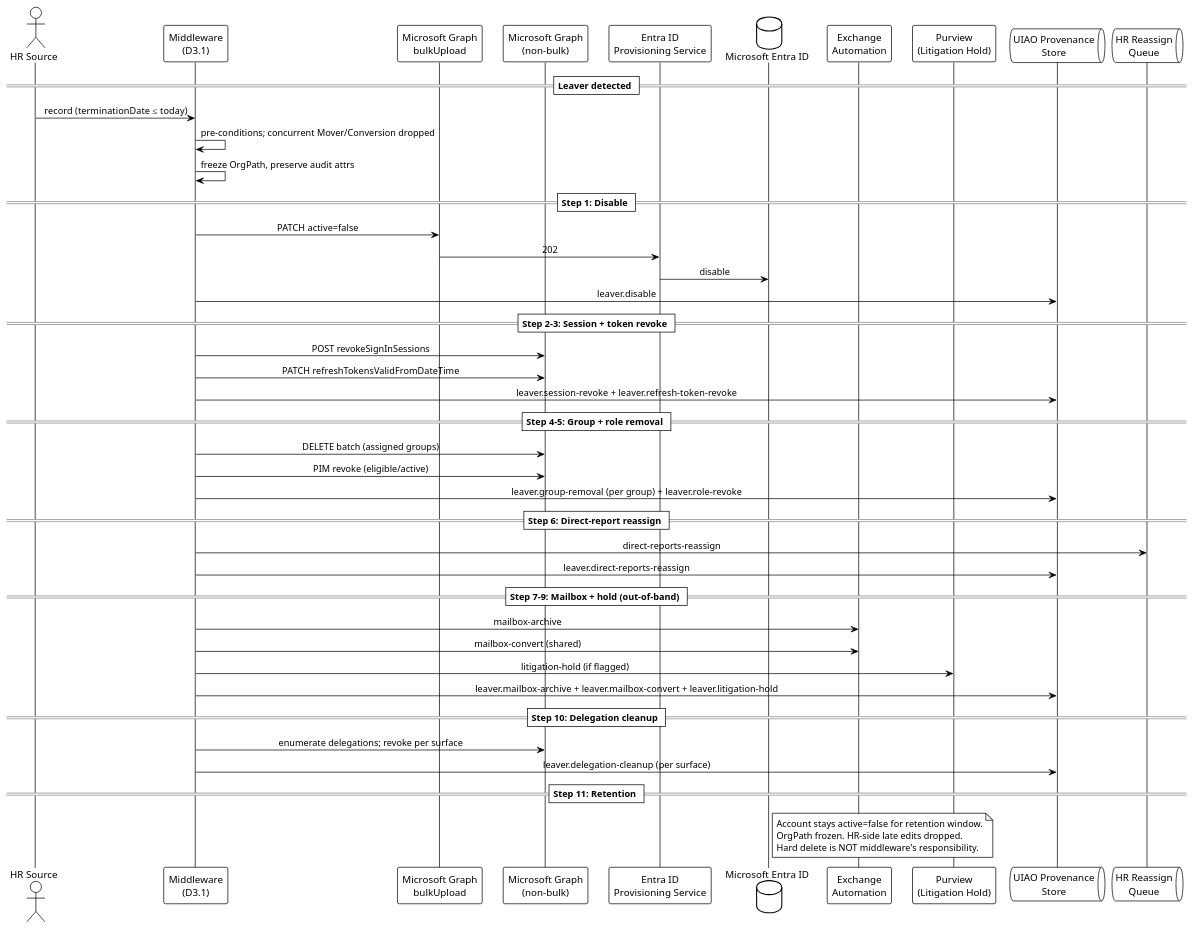
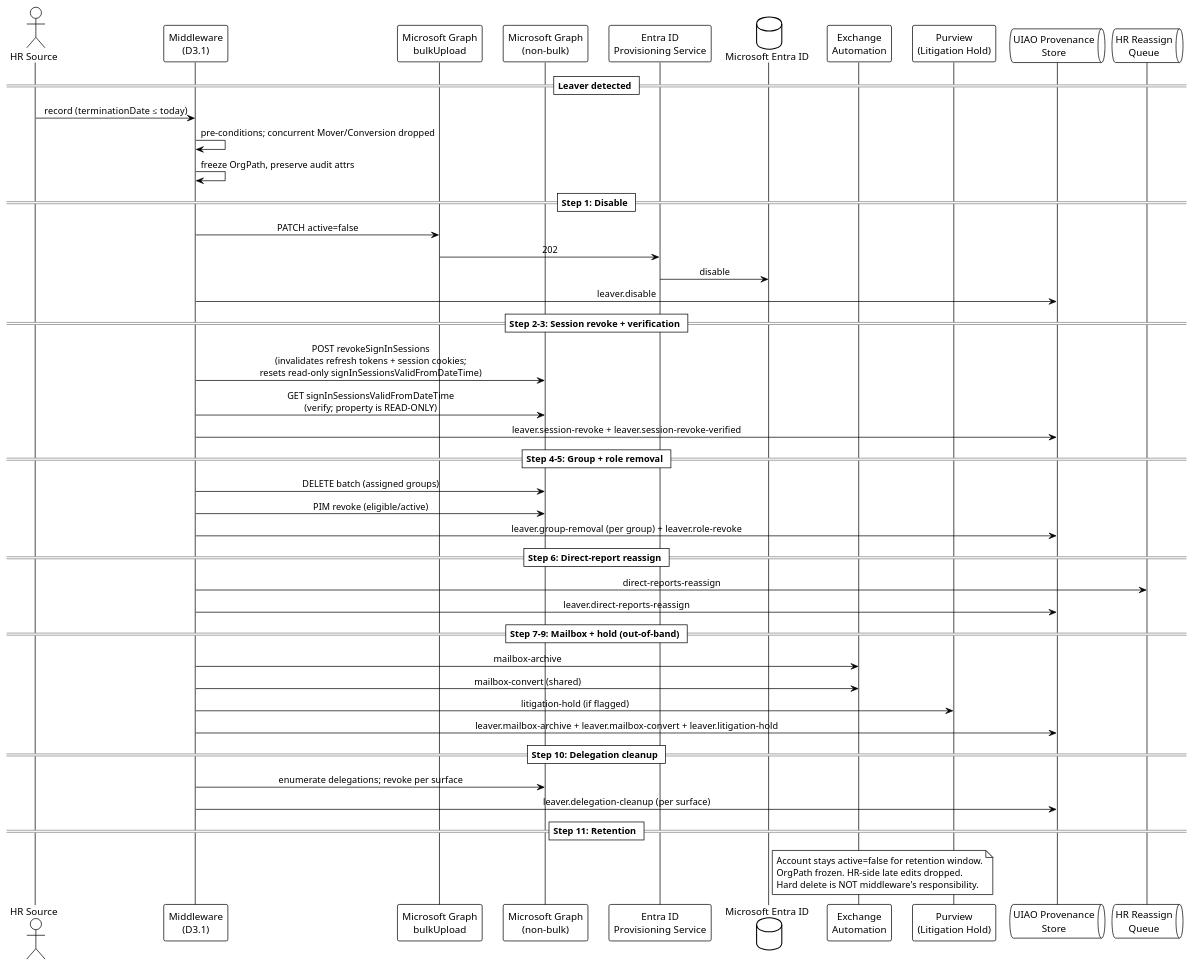
Before and after one commit to WhalerMike/uiao: the diagram in docs/diagrams/spec2-d2.3-leaver-sequence.puml, drawn with PlantUML. The commit also changed 9 other files, not shown here.

```diff
--- a/docs/diagrams/spec2-d2.3-leaver-sequence.puml
+++ b/docs/diagrams/spec2-d2.3-leaver-sequence.puml
@@ -1,59 +1,59 @@
 @startuml spec2_d2_3_leaver_sequence
 !theme plain
 skinparam defaultFontName Segoe UI
 skinparam sequenceMessageAlign center
 
 actor "HR Source" as HR
 participant "Middleware\n(D3.1)" as MW
 participant "Microsoft Graph\nbulkUpload" as Graph
 participant "Microsoft Graph\n(non-bulk)" as DirectGraph
 participant "Entra ID\nProvisioning Service" as PS
 database "Microsoft Entra ID" as Entra
 participant "Exchange\nAutomation" as Exchange
 participant "Purview\n(Litigation Hold)" as Purview
 queue "UIAO Provenance\nStore" as Prov
 queue "HR Reassign\nQueue" as Reassign
 
 == Leaver detected ==
 HR -> MW : record (terminationDate ≤ today)
 MW -> MW : pre-conditions; concurrent Mover/Conversion dropped
 MW -> MW : freeze OrgPath, preserve audit attrs
 
 == Step 1: Disable ==
 MW -> Graph : PATCH active=false
 Graph -> PS : 202
 PS -> Entra : disable
 MW -> Prov : leaver.disable
 
-== Step 2-3: Session + token revoke ==
-MW -> DirectGraph : POST revokeSignInSessions
-MW -> DirectGraph : PATCH refreshTokensValidFromDateTime
-MW -> Prov : leaver.session-revoke + leaver.refresh-token-revoke
+== Step 2-3: Session revoke + verification ==
+MW -> DirectGraph : POST revokeSignInSessions\n(invalidates refresh tokens + session cookies;\nresets read-only signInSessionsValidFromDateTime)
+MW -> DirectGraph : GET signInSessionsValidFromDateTime\n(verify; property is READ-ONLY)
+MW -> Prov : leaver.session-revoke + leaver.session-revoke-verified
 
 == Step 4-5: Group + role removal ==
 MW -> DirectGraph : DELETE batch (assigned groups)
 MW -> DirectGraph : PIM revoke (eligible/active)
 MW -> Prov : leaver.group-removal (per group) + leaver.role-revoke
 
 == Step 6: Direct-report reassign ==
 MW -> Reassign : direct-reports-reassign
 MW -> Prov : leaver.direct-reports-reassign
 
 == Step 7-9: Mailbox + hold (out-of-band) ==
 MW -> Exchange : mailbox-archive
 MW -> Exchange : mailbox-convert (shared)
 MW -> Purview : litigation-hold (if flagged)
 MW -> Prov : leaver.mailbox-archive + leaver.mailbox-convert + leaver.litigation-hold
 
 == Step 10: Delegation cleanup ==
 MW -> DirectGraph : enumerate delegations; revoke per surface
 MW -> Prov : leaver.delegation-cleanup (per surface)
 
 == Step 11: Retention ==
 note right of Entra
   Account stays active=false for retention window.
   OrgPath frozen. HR-side late edits dropped.
   Hard delete is NOT middleware's responsibility.
 end note
 
 @enduml
```
